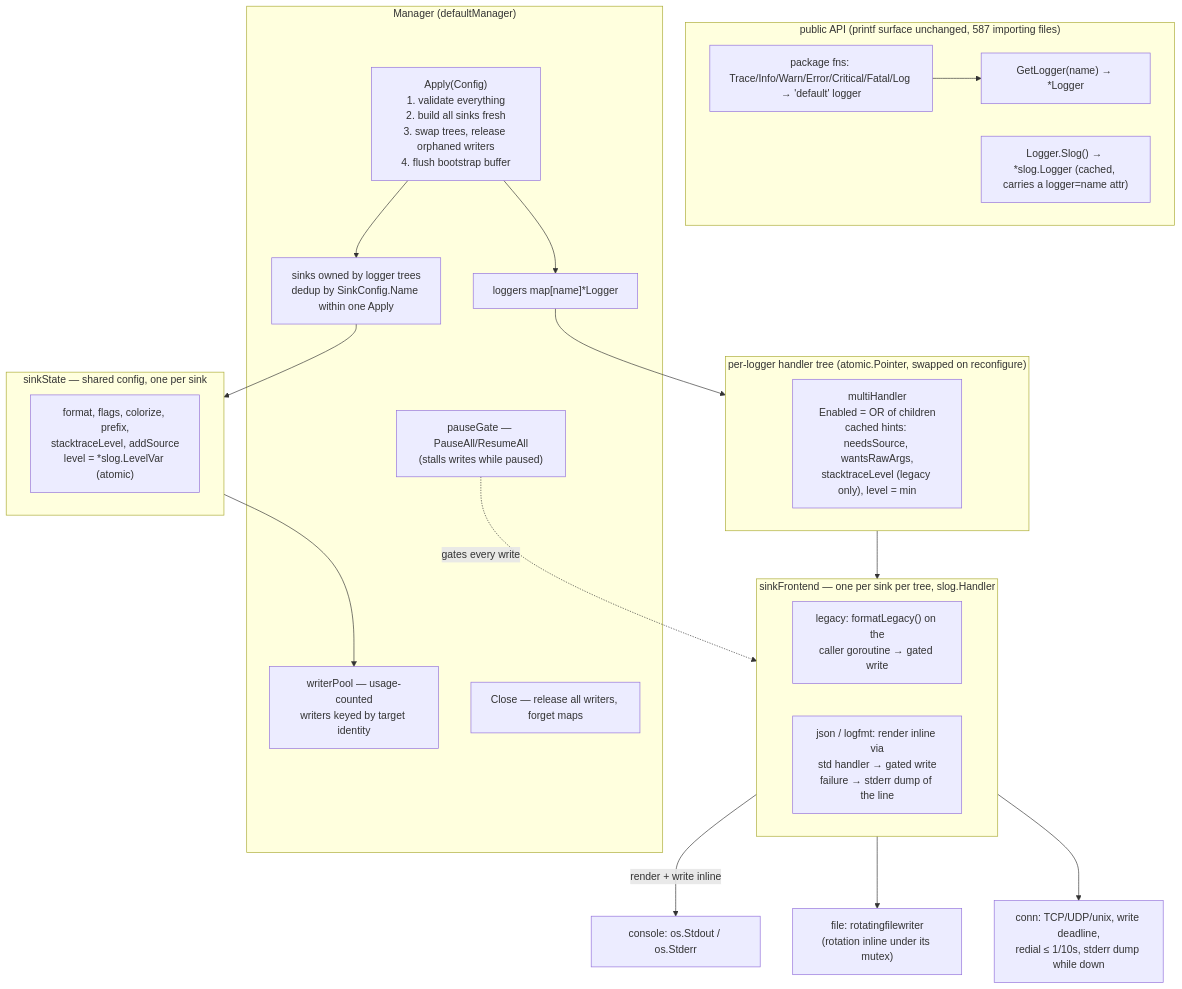
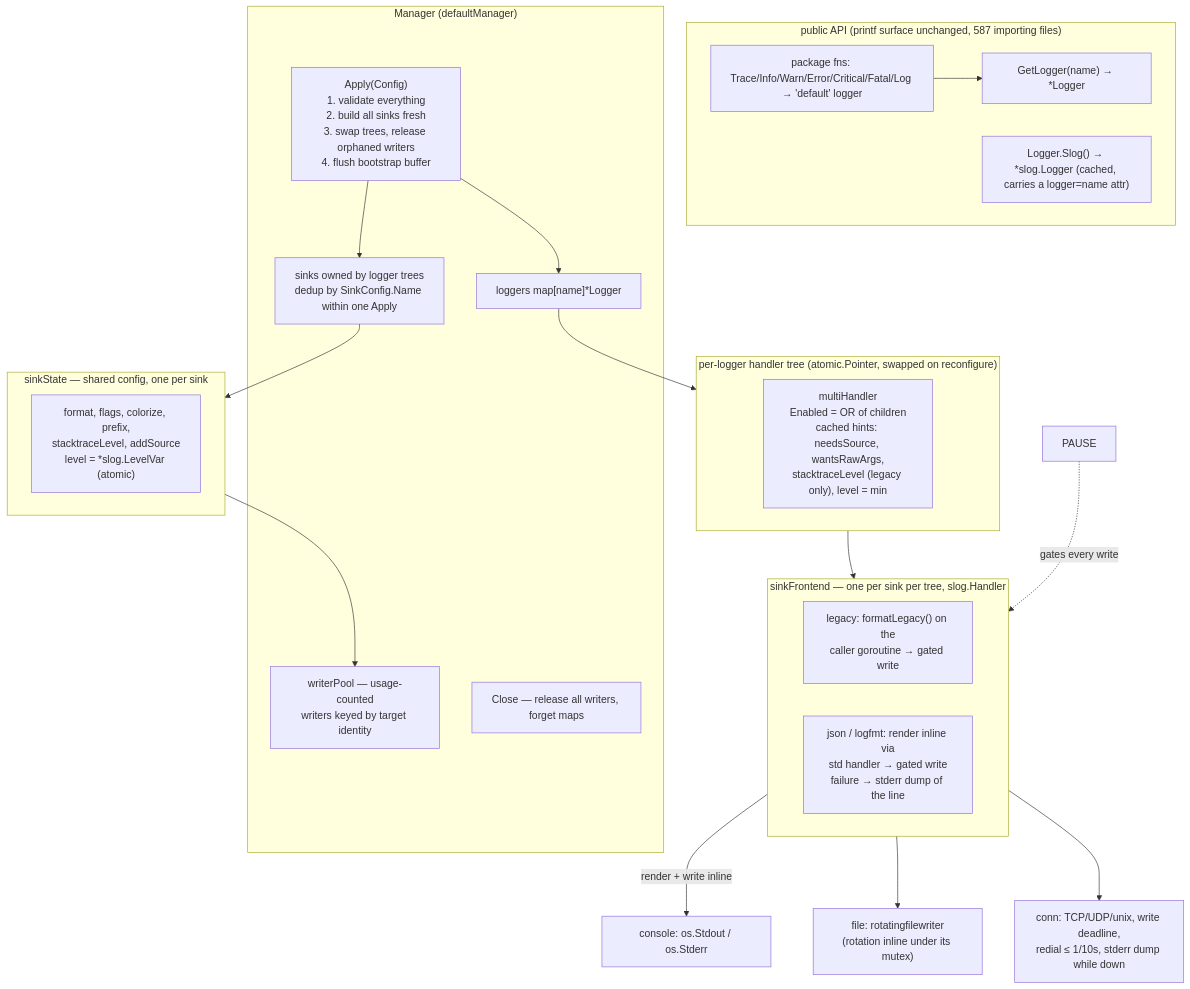
Before and after one commit to TheFox0x7/gitea: the first of 3 diagrams in slog_new_design.md, drawn with Mermaid. The commit also changed other lines of this file and 14 other files, not shown here.

````diff
--- a/slog_new_design.md
+++ b/slog_new_design.md
@@ -11,46 +11,45 @@
 ```mermaid
 flowchart TB
     subgraph api["public API (printf surface unchanged, 587 importing files)"]
         PKG["package fns: Trace/Info/Warn/Error/Critical/Fatal/Log → 'default' logger"]
         GETL["GetLogger(name) → *Logger"]
         SL["Logger.Slog() → *slog.Logger (cached, carries a logger=name attr)"]
     end
 
     subgraph mgr["Manager (defaultManager)"]
         REG["loggers map[name]*Logger"]
         SINKREG["sinks owned by logger trees<br/>dedup by SinkConfig.Name within one Apply"]
-        PAUSE["pauseGate — PauseAll/ResumeAll<br/>(stalls writes while paused)"]
         POOL["writerPool — usage-counted<br/>writers keyed by target identity"]
         APPLY["Apply(Config)<br/>1. validate everything<br/>2. build all sinks fresh<br/>3. swap trees, release orphaned writers<br/>4. flush bootstrap buffer"]
         CLOSE["Close — release all writers, forget maps"]
     end
 
     subgraph tree["per-logger handler tree (atomic.Pointer, swapped on reconfigure)"]
         MH["multiHandler<br/>Enabled = OR of children<br/>cached hints: needsSource, wantsRawArgs,<br/>stacktraceLevel (legacy only), level = min"]
     end
 
     subgraph fe["sinkFrontend — one per sink per tree, slog.Handler"]
         F1["legacy: formatLegacy() on the<br/>caller goroutine → gated write"]
         F2["json / logfmt: render inline via<br/>std handler → gated write<br/>failure → stderr dump of the line"]
     end
 
     subgraph st["sinkState — shared config, one per sink"]
         STATE["format, flags, colorize, prefix,<br/>stacktraceLevel, addSource<br/>level = *slog.LevelVar (atomic)"]
     end
 
     W1["console: os.Stdout / os.Stderr"]
     W2["file: rotatingfilewriter<br/>(rotation inline under its mutex)"]
     W3["conn: TCP/UDP/unix, write deadline,<br/>redial ≤ 1/10s, stderr dump while down"]
 
     PKG --> GETL
     APPLY --> REG
     APPLY --> SINKREG
     REG --> tree
     SINKREG --> st
     tree --> fe
     st --> POOL
     fe -->|"render + write inline"| W1
     fe --> W2
     fe --> W3
     PAUSE -.->|"gates every write"| fe
 ```
````
